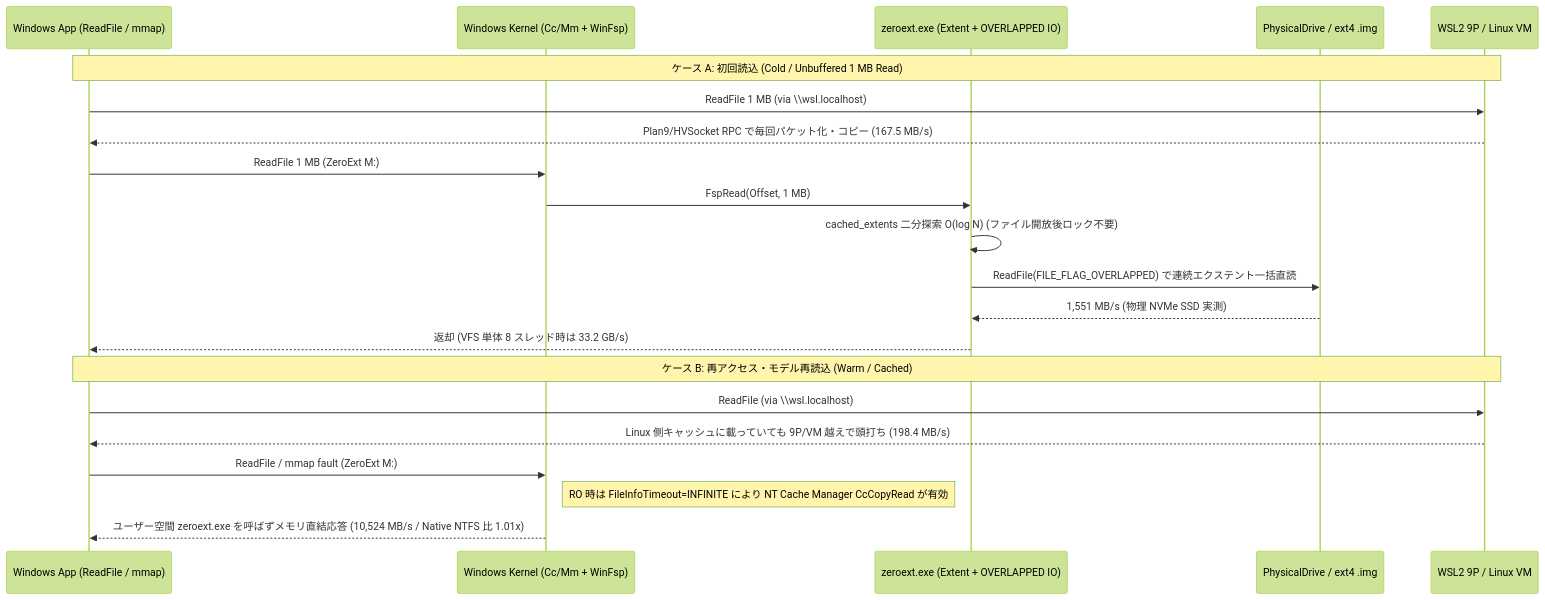
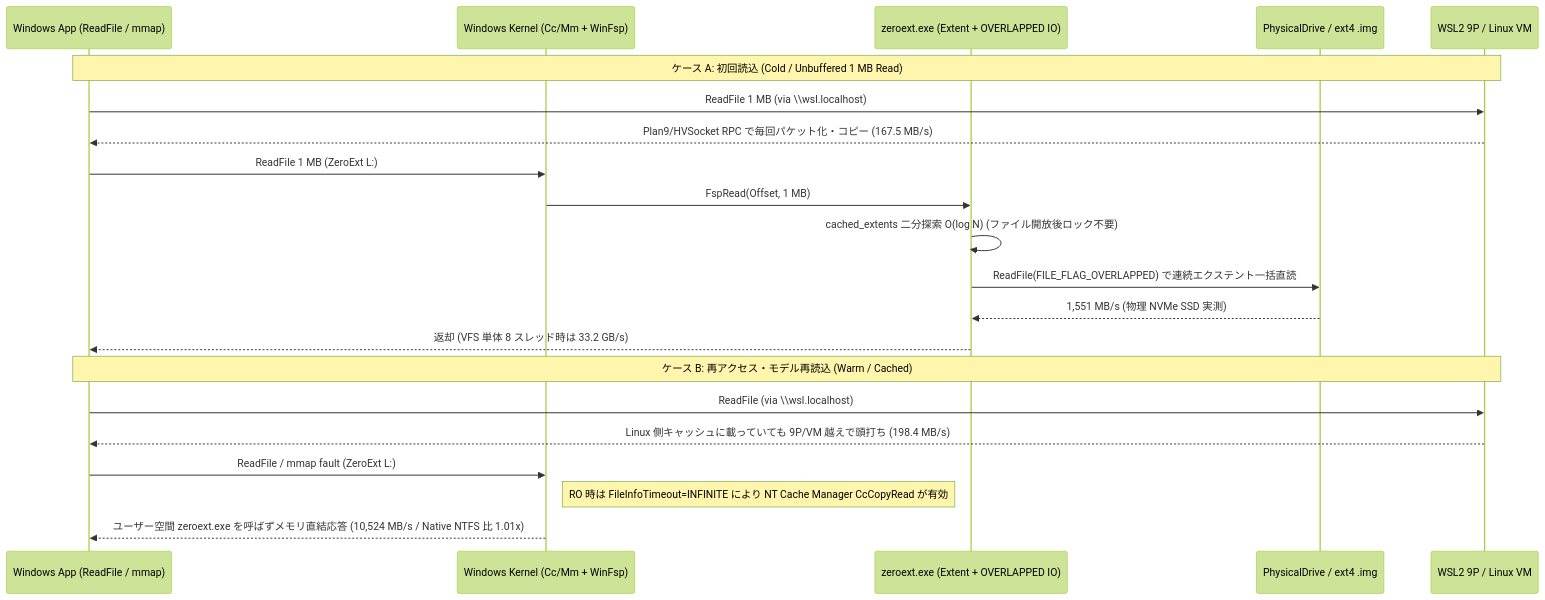
One commit to totatake/ZeroExt changed the second of 2 diagrams in docs/overview.md. Above: the diagram before and after it, drawn with Mermaid (forest theme). The commit also changed other lines of this file and 9 other files, not shown here.

````diff
--- a/docs/overview.md
+++ b/docs/overview.md
@@ -61,27 +61,27 @@
 ```mermaid
 sequenceDiagram
     participant App as Windows App (ReadFile / mmap)
     participant Kern as Windows Kernel (Cc/Mm + WinFsp)
     participant Ext as zeroext.exe (Extent + OVERLAPPED IO)
     participant SSD as PhysicalDrive / ext4 .img
     participant WSL as WSL2 9P / Linux VM
 
     Note over App,WSL: ケース A: 初回読込 (Cold / Unbuffered 1 MB Read)
     App->>WSL: ReadFile 1 MB (via \\wsl.localhost)
     WSL-->>App: Plan9/HVSocket RPC で毎回パケット化・コピー (167.5 MB/s)
 
-    App->>Kern: ReadFile 1 MB (ZeroExt M:)
+    App->>Kern: ReadFile 1 MB (ZeroExt L:)
     Kern->>Ext: FspRead(Offset, 1 MB)
     Ext->>Ext: cached_extents 二分探索 O(log N) (ファイル開放後ロック不要)
     Ext->>SSD: ReadFile(FILE_FLAG_OVERLAPPED) で連続エクステント一括直読
     SSD-->>Ext: 1,551 MB/s (物理 NVMe SSD 実測)
     Ext-->>App: 返却 (VFS 単体 8 スレッド時は 33.2 GB/s)
 
     Note over App,WSL: ケース B: 再アクセス・モデル再読込 (Warm / Cached)
     App->>WSL: ReadFile (via \\wsl.localhost)
     WSL-->>App: Linux 側キャッシュに載っていても 9P/VM 越えで頭打ち (198.4 MB/s)
 
-    App->>Kern: ReadFile / mmap fault (ZeroExt M:)
+    App->>Kern: ReadFile / mmap fault (ZeroExt L:)
     Note right of Kern: RO 時は FileInfoTimeout=INFINITE により NT Cache Manager CcCopyRead が有効
     Kern-->>App: ユーザー空間 zeroext.exe を呼ばずメモリ直結応答 (10,524 MB/s / Native NTFS 比 1.01x)
 ```
````
